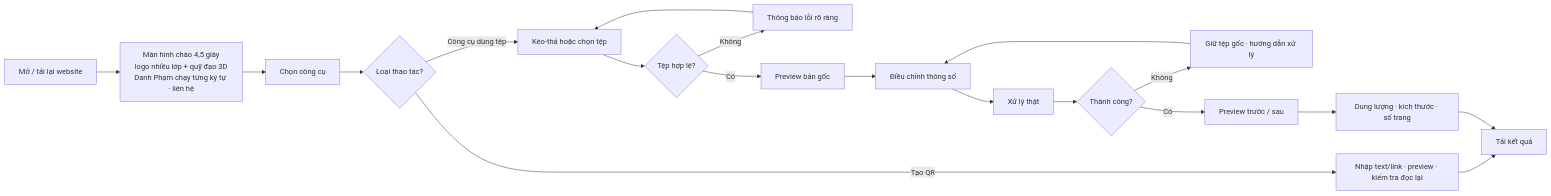
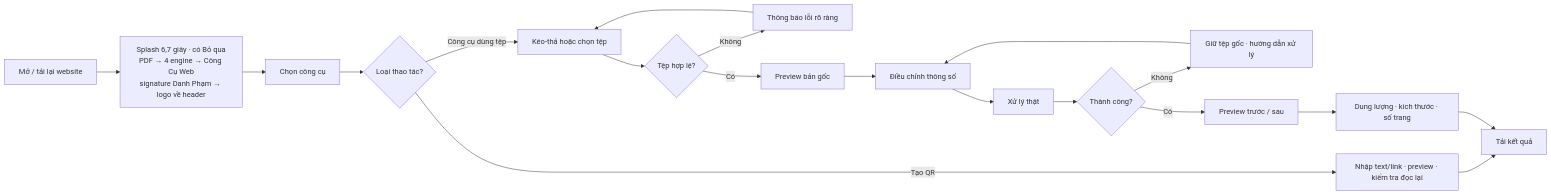
The third of 5 diagrams in DIAGRAMS.md (phamcongdanh98/Web-tool-ALL), drawn with Mermaid before and after one commit. The commit also changed 4 other files, not shown here.

Commit message:
Redesign welcome splash cinematic startup sequence

````diff
--- a/DIAGRAMS.md
+++ b/DIAGRAMS.md
@@ -97,21 +97,21 @@
 ```mermaid
 flowchart LR
-    O["Mở / tải lại website"] --> W["Màn hình chào 4,5 giây<br/>logo nhiều lớp + quỹ đạo 3D<br/>Danh Phạm chạy từng ký tự · liên hệ"]
+    O["Mở / tải lại website"] --> W["Splash 6,7 giây · có Bỏ qua<br/>PDF → 4 engine → Công Cụ Web<br/>signature Danh Phạm → logo về header"]
     W --> A["Chọn công cụ"]
     A --> A0{"Loại thao tác?"}
     A0 -->|"Tạo QR"| Q0["Nhập text/link · preview · kiểm tra đọc lại"]
     Q0 --> L
     A0 -->|"Công cụ dùng tệp"| B["Kéo-thả hoặc chọn tệp"]
     B --> C{"Tệp hợp lệ?"}
     C -- "Không" --> D["Thông báo lỗi rõ ràng"]
     D --> B
     C -- "Có" --> E["Preview bản gốc"]
     E --> F["Điều chỉnh thông số"]
     F --> G["Xử lý thật"]
     G --> H{"Thành công?"}
     H -- "Không" --> I["Giữ tệp gốc · hướng dẫn xử lý"]
     I --> F
     H -- "Có" --> J["Preview trước / sau"]
     J --> K["Dung lượng · kích thước · số trang"]
     K --> L["Tải kết quả"]
 ```
````
